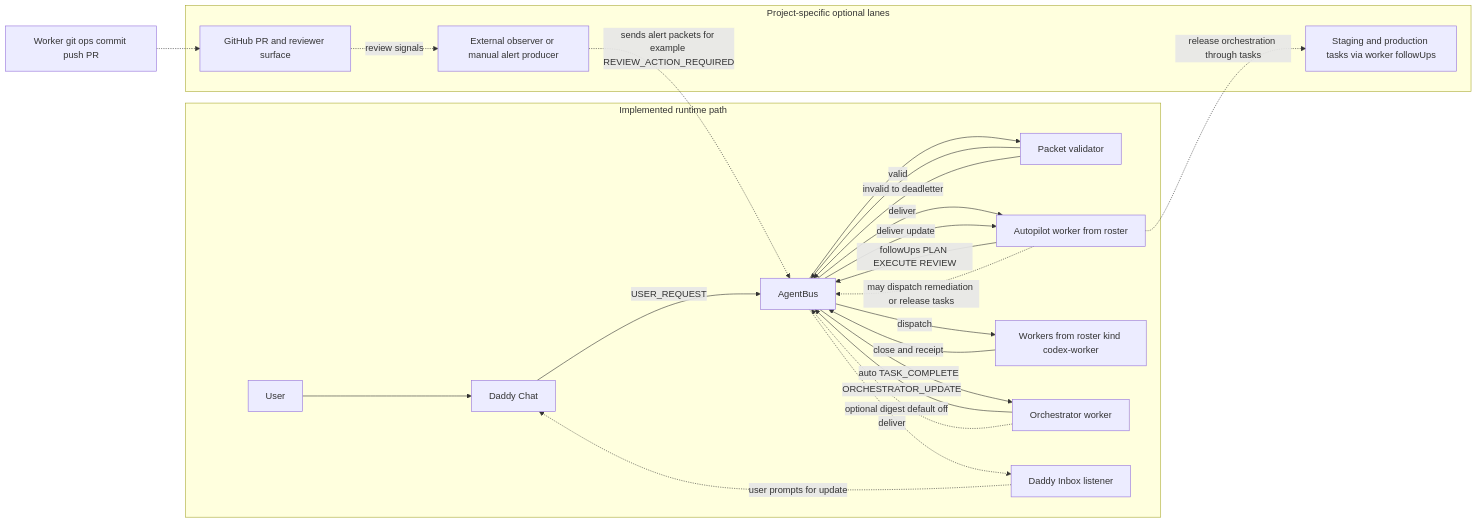
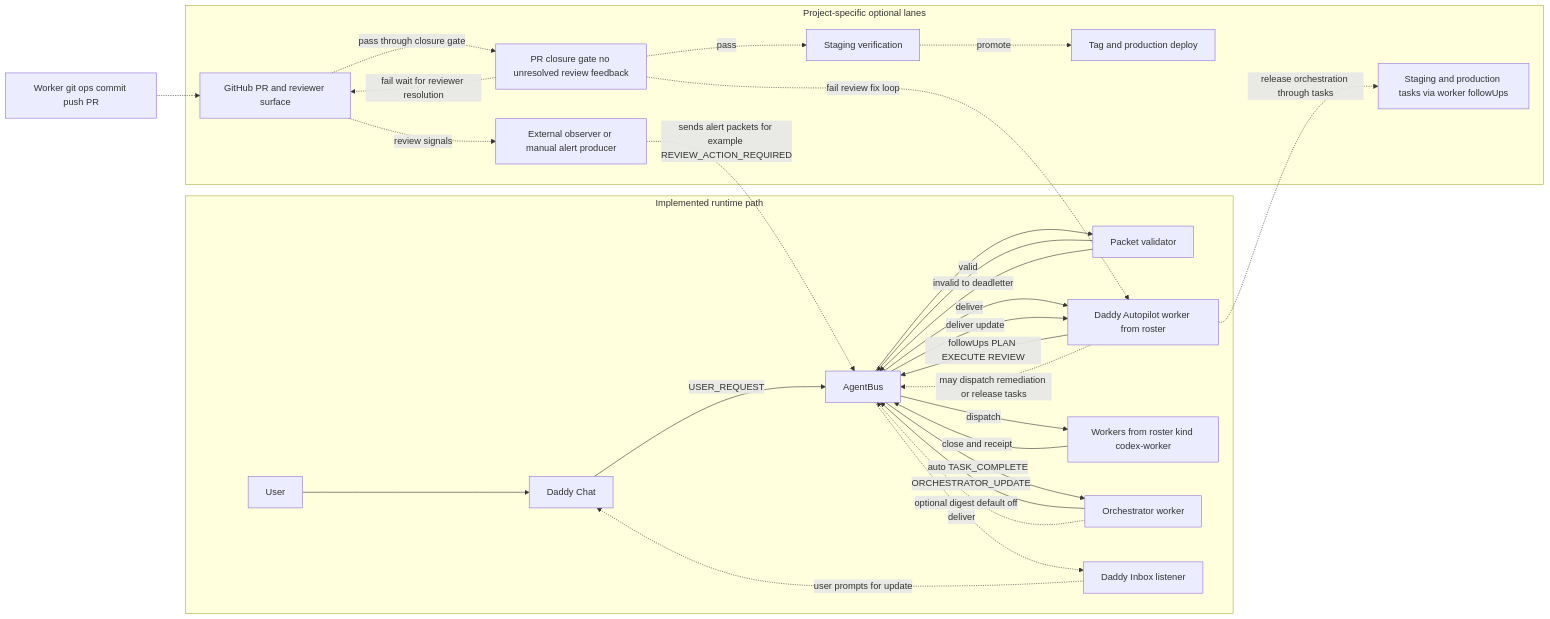
One commit to future3OOO/agentic-cockpit changed the diagram in README.md. Above: the diagram before and after it, drawn with Mermaid. The commit also changed 1 other file, not shown here.

Commit message:
docs: address PR feedback on workflow diagram accuracy

````diff
--- a/README.md
+++ b/README.md
@@ -19,35 +19,43 @@
 ```mermaid
 flowchart LR
   subgraph Runtime["Implemented runtime path"]
     User["User"] --> Chat["Daddy Chat"]
     Chat -->|USER_REQUEST| Bus["AgentBus"]
     Bus --> Validator["Packet validator"]
     Validator -->|valid| Bus
     Validator -->|invalid to deadletter| Bus
 
-    Bus -->|deliver| Auto["Autopilot worker from roster"]
+    Bus -->|deliver| Auto["Daddy Autopilot worker from roster"]
     Auto -->|followUps PLAN EXECUTE REVIEW| Bus
     Bus -->|dispatch| Workers["Workers from roster kind codex-worker"]
 
     Workers -->|close and receipt| Bus
     Bus -->|auto TASK_COMPLETE| Orch["Orchestrator worker"]
     Orch -->|ORCHESTRATOR_UPDATE| Bus
     Bus -->|deliver update| Auto
 
     Orch -. optional digest default off .-> Bus
     Bus -. deliver .-> Inbox["Daddy Inbox listener"]
     Inbox -. user prompts for update .-> Chat
   end
 
   subgraph Optional["Project-specific optional lanes"]
     Github["GitHub PR and reviewer surface"]
     Observer["External observer or manual alert producer"]
+    Gate["PR closure gate no unresolved review feedback"]
+    Stage["Staging verification"]
+    Prod["Tag and production deploy"]
     Release["Staging and production tasks via worker followUps"]
   end
 
   WorkerOps["Worker git ops commit push PR"] -.-> Github
   Github -. review signals .-> Observer
+  Github -. pass through closure gate .-> Gate
+  Gate -. pass .-> Stage
+  Gate -. fail review fix loop .-> Auto
+  Gate -. fail wait for reviewer resolution .-> Github
+  Stage -. promote .-> Prod
   Observer -. sends alert packets for example REVIEW_ACTION_REQUIRED .-> Bus
   Auto -. may dispatch remediation or release tasks .-> Bus
   Auto -. release orchestration through tasks .-> Release
 ```
````
